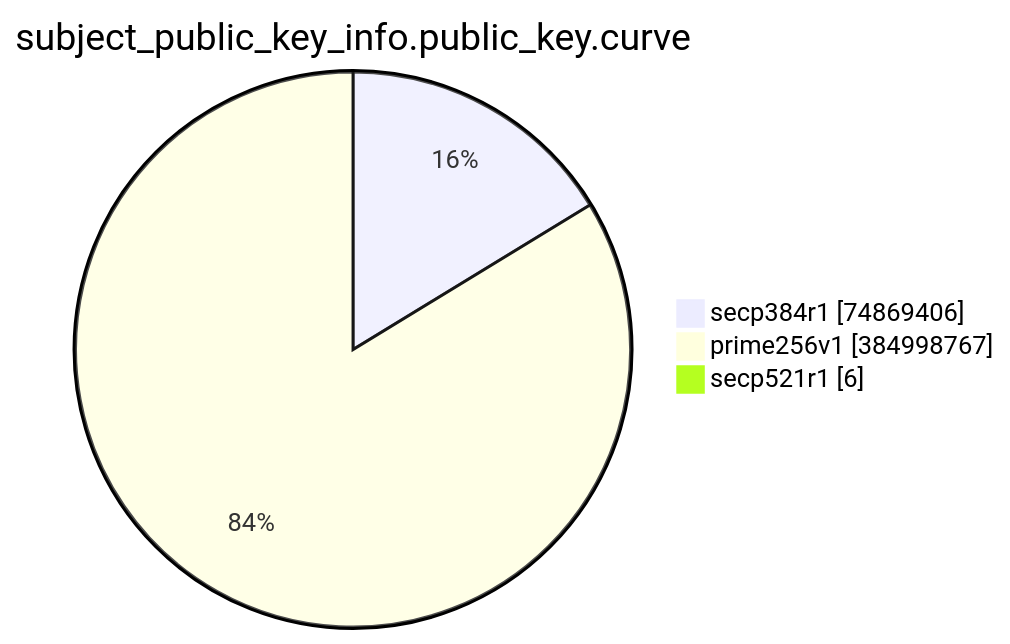
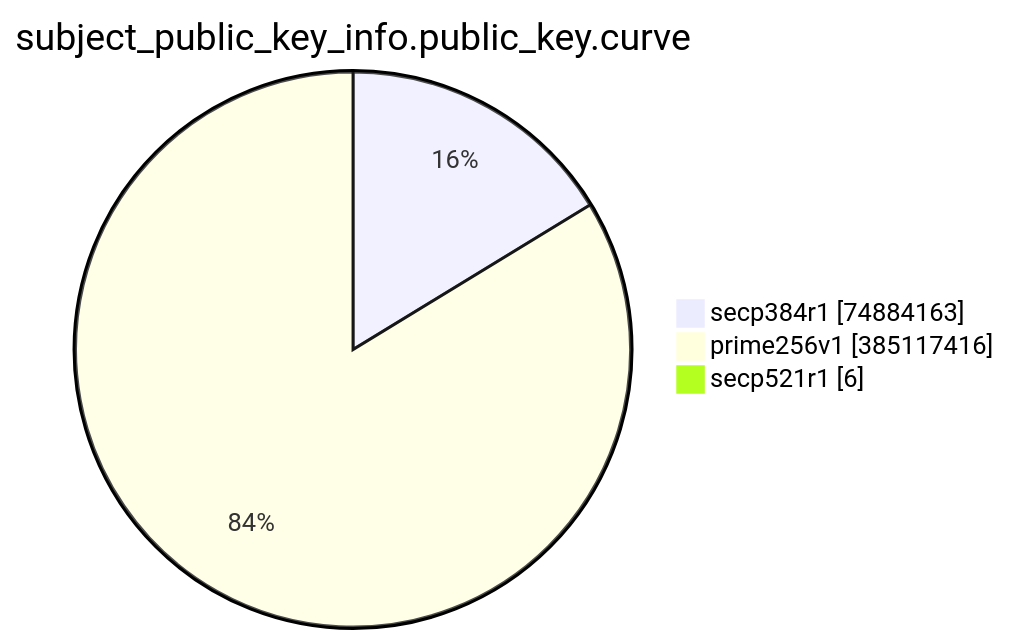
Before and after one commit to christiankrug/ctmonitor_visualization: the eighth of 15 diagrams in TOTAL/README.md, drawn with Mermaid. The commit also changed other lines of this file, not shown here.

````diff
--- a/TOTAL/README.md
+++ b/TOTAL/README.md
@@ -3094,7 +3094,7 @@
 ```mermaid
 pie showData
 title subject_public_key_info.public_key.curve
-"secp384r1" :74869406
-"prime256v1" :384998767
+"secp384r1" :74884163
+"prime256v1" :385117416
 "secp521r1" :6
 ```
````
